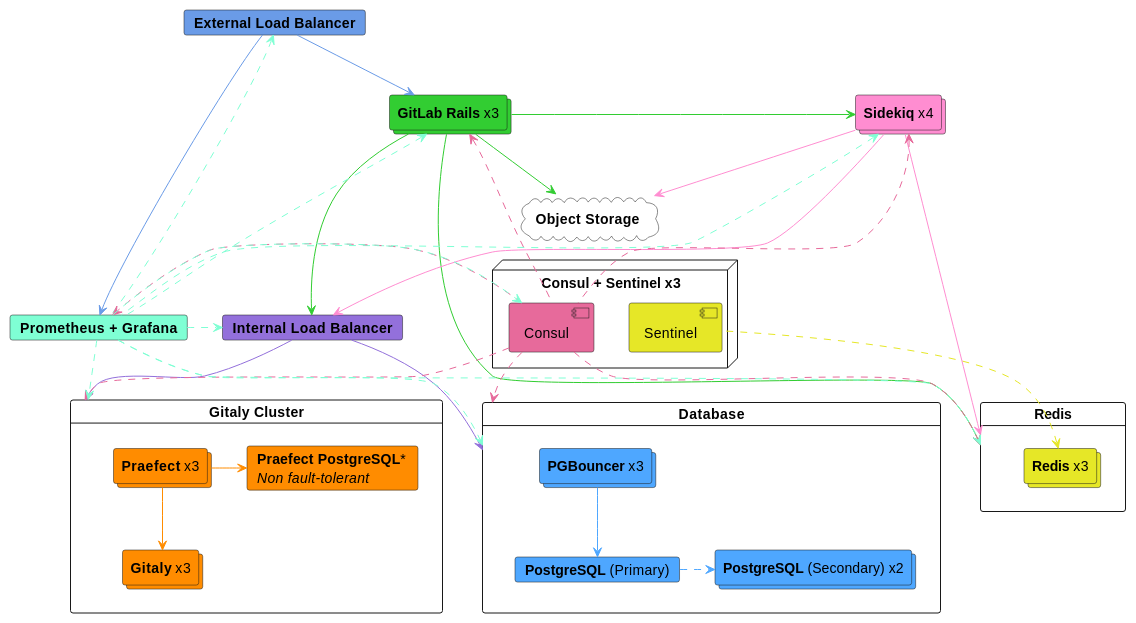
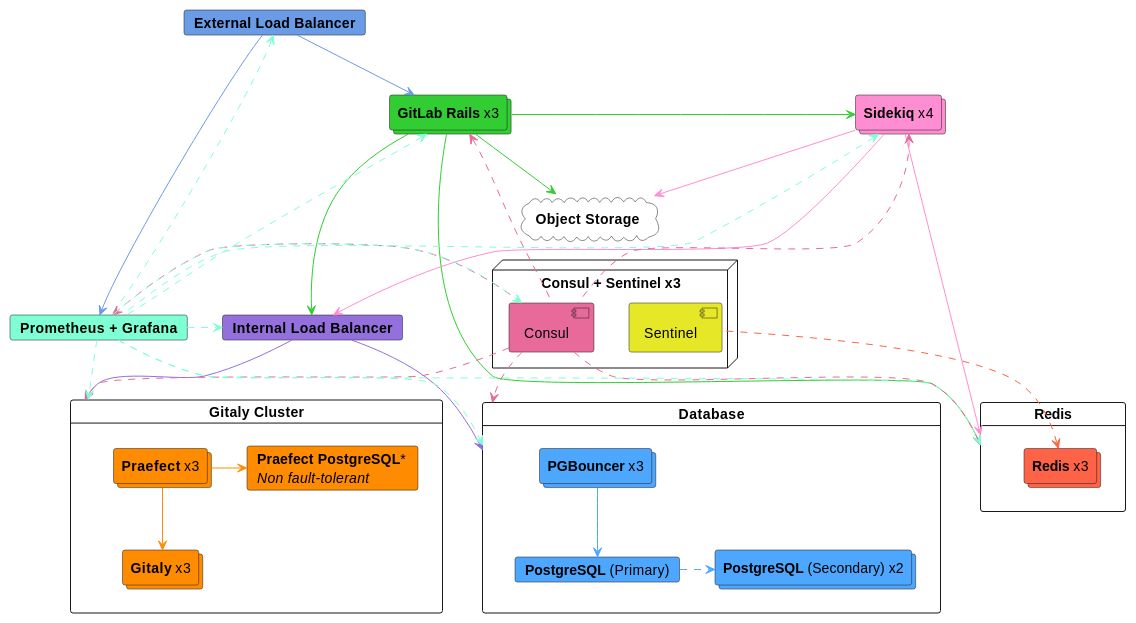
The first of 2 diagrams in doc/administration/reference_architectures/5k_users.md (mehulagg/gitlab), drawn with PlantUML before and after one commit. The commit also changed other lines of this file, not shown here.

````diff
--- a/doc/administration/reference_architectures/5k_users.md
+++ b/doc/administration/reference_architectures/5k_users.md
@@ -53,80 +53,80 @@
 ```plantuml
 @startuml 5k
 card "**External Load Balancer**" as elb #6a9be7
 card "**Internal Load Balancer**" as ilb #9370DB
 
 together {
   collections "**GitLab Rails** x3" as gitlab #32CD32
   collections "**Sidekiq** x4" as sidekiq #ff8dd1
 }
 
 card "**Prometheus + Grafana**" as monitor #7FFFD4
 
 card "Gitaly Cluster" as gitaly_cluster {
   collections "**Praefect** x3" as praefect #FF8C00
   collections "**Gitaly** x3" as gitaly #FF8C00
   card "**Praefect PostgreSQL***\n//Non fault-tolerant//" as praefect_postgres #FF8C00
 
   praefect -[#FF8C00]-> gitaly
   praefect -[#FF8C00]> praefect_postgres
 }
 
 card "Database" as database {
   collections "**PGBouncer** x3" as pgbouncer #4EA7FF
   card "**PostgreSQL** (Primary)" as postgres_primary #4EA7FF
   collections "**PostgreSQL** (Secondary) x2" as postgres_secondary #4EA7FF
 
   pgbouncer -[#4EA7FF]-> postgres_primary
   postgres_primary .[#4EA7FF]> postgres_secondary
 }
 
 node "**Consul + Sentinel** x3" as consul_sentinel {
  component Consul as consul #e76a9b
  component Sentinel as sentinel #e6e727
 }
 
 card "Redis" as redis {
-  collections "**Redis** x3" as redis_persistent #e6e727
+  collections "**Redis** x3" as redis_nodes #FF6347
 
-  redis_persistent <.[#e6e727]- sentinel
+  redis_nodes <.[#FF6347]- sentinel
 }
 
 cloud "**Object Storage**" as object_storage #white
 
 elb -[#6a9be7]-> gitlab
 elb -[#6a9be7]--> monitor
 
 gitlab -[#32CD32]> sidekiq
 gitlab -[#32CD32]--> ilb
 gitlab -[#32CD32]-> object_storage
 gitlab -[#32CD32]---> redis
 gitlab -[hidden]-> monitor
 gitlab -[hidden]-> consul
 
 sidekiq -[#ff8dd1]--> ilb
 sidekiq -[#ff8dd1]-> object_storage
 sidekiq -[#ff8dd1]---> redis
 sidekiq -[hidden]-> monitor
 sidekiq -[hidden]-> consul
 
 ilb -[#9370DB]-> gitaly_cluster
 ilb -[#9370DB]-> database
 
 consul .[#e76a9b]u-> gitlab
 consul .[#e76a9b]u-> sidekiq
 consul .[#e76a9b]> monitor
 consul .[#e76a9b]-> database
 consul .[#e76a9b]-> gitaly_cluster
 consul .[#e76a9b,norank]--> redis
 
 monitor .[#7FFFD4]u-> gitlab
 monitor .[#7FFFD4]u-> sidekiq
 monitor .[#7FFFD4]> consul
 monitor .[#7FFFD4]-> database
 monitor .[#7FFFD4]-> gitaly_cluster
 monitor .[#7FFFD4,norank]--> redis
 monitor .[#7FFFD4]> ilb
 monitor .[#7FFFD4,norank]u--> elb
 
 @enduml
 ```
````
